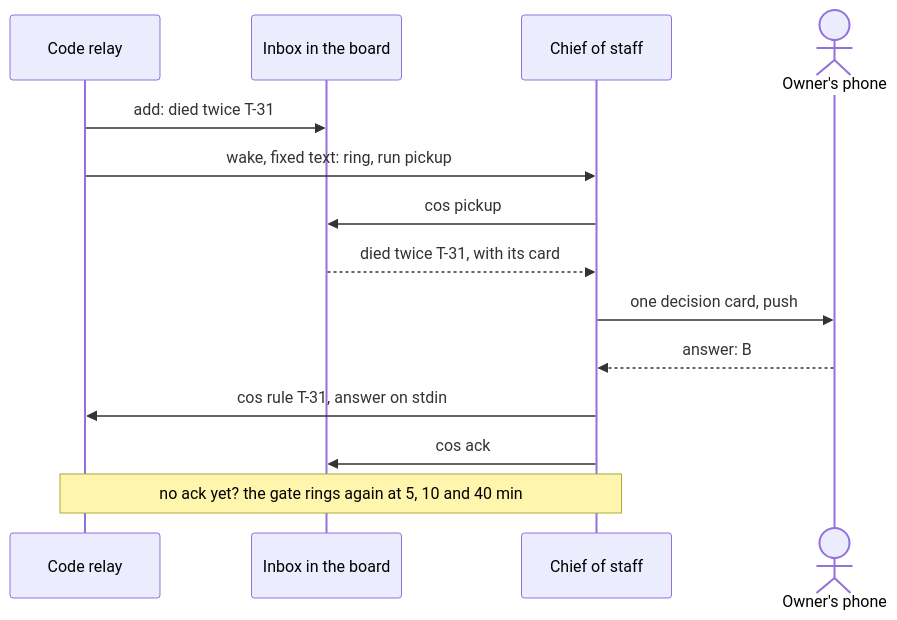
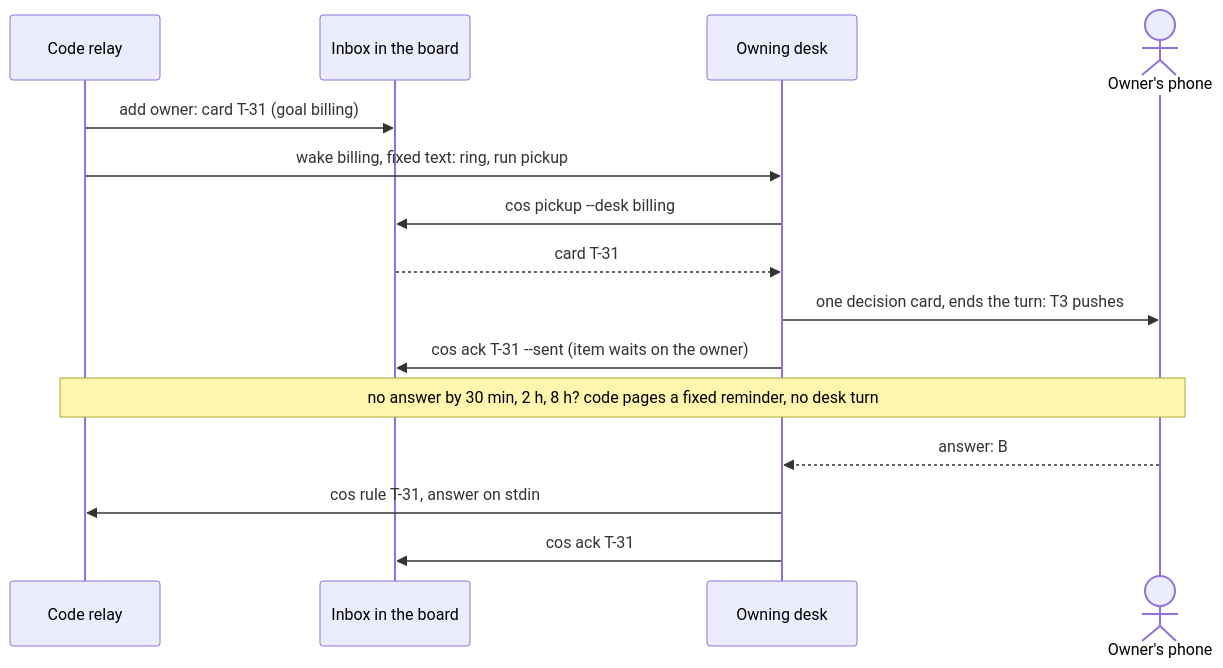
One commit to ProlesDei/maestro changed the fifth of 7 diagrams in docs/design/t3-runtime.md. Above: the diagram before and after it, drawn with Mermaid. The commit also changed other lines of this file, not shown here.

Commit message:
docs: t3-runtime v6, desktop + T3 Connect, owner's answers folded in

````diff
--- a/docs/design/t3-runtime.md
+++ b/docs/design/t3-runtime.md
@@ -183,16 +211,17 @@
 ```mermaid
 sequenceDiagram
   participant R as Code relay
   participant I as Inbox in the board
-  participant S as Chief of staff
+  participant S as Owning desk
   actor O as Owner's phone
-  R->>I: add: died twice T-31
-  R->>S: wake, fixed text: ring, run pickup
-  S->>I: cos pickup
-  I-->>S: died twice T-31, with its card
-  S->>O: one decision card, push
+  R->>I: add owner: card T-31 (goal billing)
+  R->>S: wake billing, fixed text: ring, run pickup
+  S->>I: cos pickup --desk billing
+  I-->>S: card T-31
+  S->>O: one decision card, ends the turn: T3 pushes
+  S->>I: cos ack T-31 --sent (item waits on the owner)
+  Note over R,O: no answer by 30 min, 2 h, 8 h? code pages a fixed reminder, no desk turn
   O-->>S: answer: B
   S->>R: cos rule T-31, answer on stdin
-  S->>I: cos ack
-  Note over R,S: no ack yet? the gate rings again at 5, 10 and 40 min
+  S->>I: cos ack T-31
 ```
````
